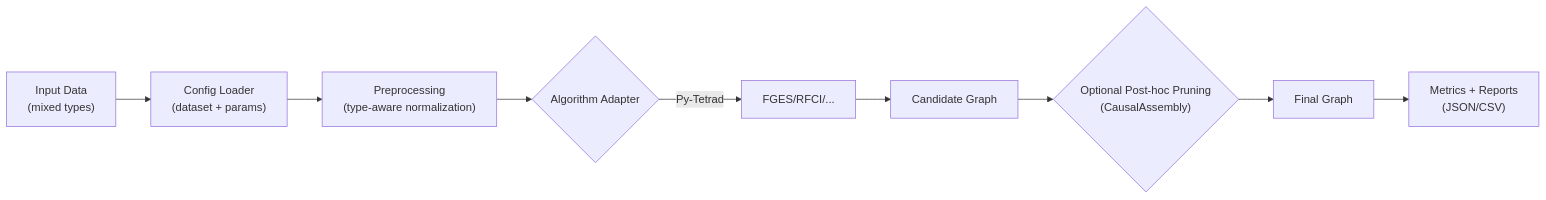
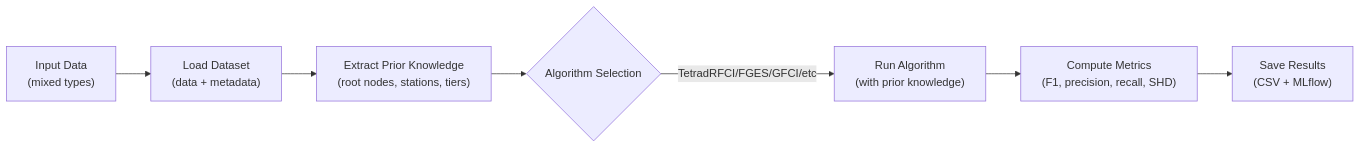
Before and after one commit to varb7/acd_sea: the diagram in README.md, drawn with Mermaid. The commit also changed other lines of this file and 15 other files, not shown here.

First line of the commit message:
Clean up inference pipeline and integrate prior knowledge

````diff
--- a/README.md
+++ b/README.md
@@ -91,11 +111,9 @@
 ```mermaid
 flowchart LR
-  A["Input Data<br/>(mixed types)"] --> B["Config Loader<br/>(dataset + params)"]
-  B --> C["Preprocessing<br/>(type-aware normalization)"]
-  C --> D{Algorithm Adapter}
-  D -->|Py-Tetrad| E[FGES/RFCI/...] 
-  E --> G[Candidate Graph]
-  G --> H{"Optional Post-hoc Pruning<br/>(CausalAssembly)"}
-  H --> I[Final Graph]
-  I --> J["Metrics + Reports<br/>(JSON/CSV)"]
+  A["Input Data<br/>(mixed types)"] --> B["Load Dataset<br/>(data + metadata)"]
+  B --> C["Extract Prior Knowledge<br/>(root nodes, stations, tiers)"]
+  C --> D{Algorithm Selection}
+  D -->|TetradRFCI/FGES/GFCI/etc| E["Run Algorithm<br/>(with prior knowledge)"]
+  E --> F["Compute Metrics<br/>(F1, precision, recall, SHD)"]
+  F --> G["Save Results<br/>(CSV + MLflow)"]
 ```
````
